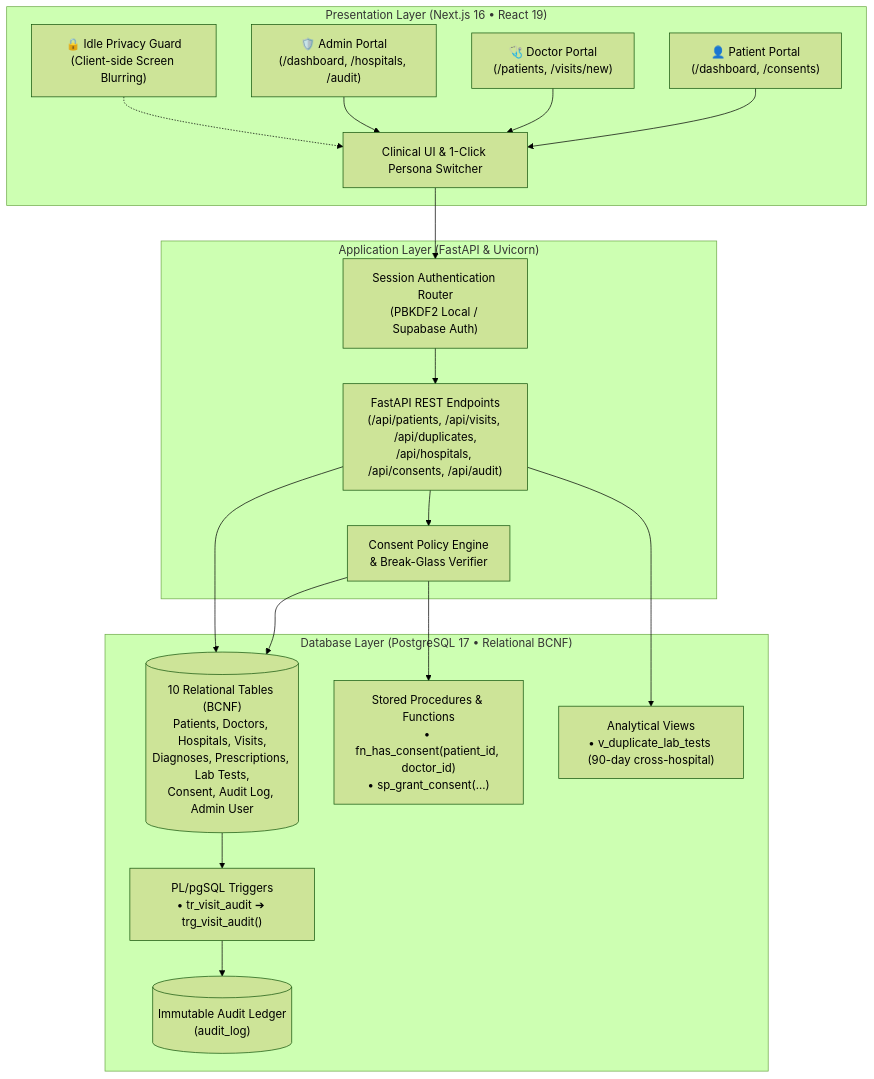
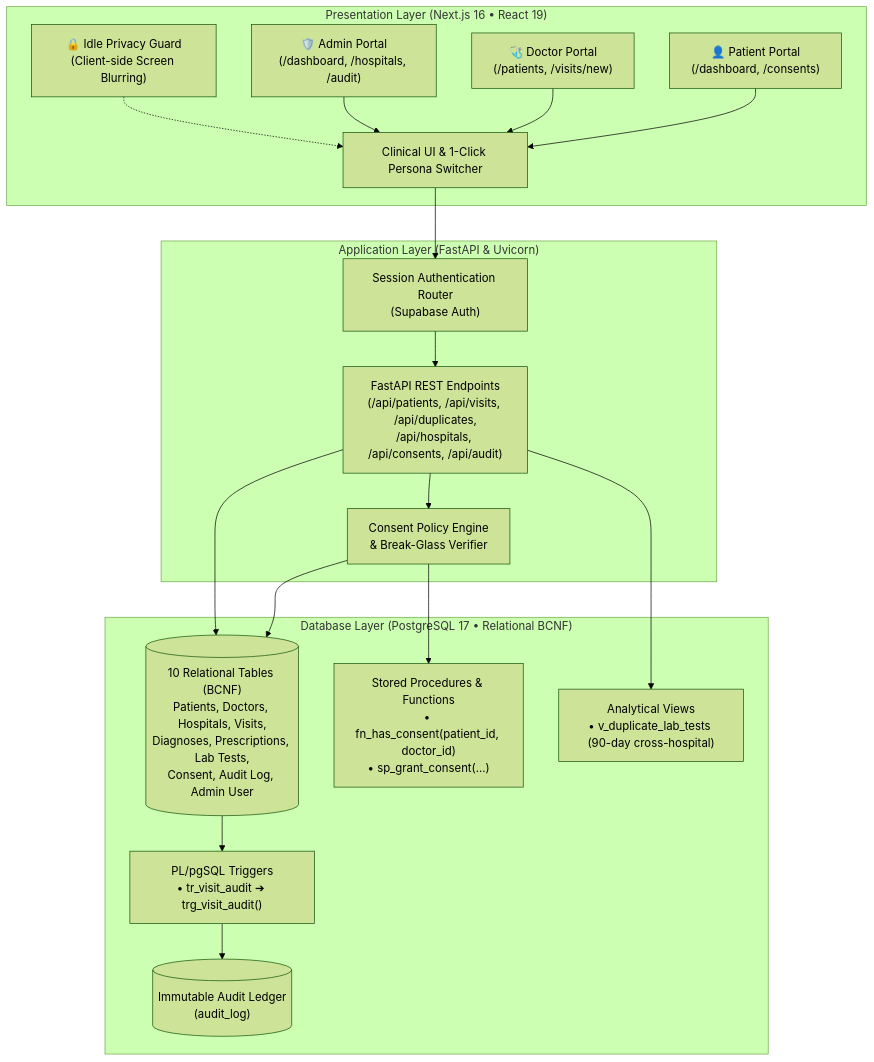
Before and after one commit to SudoMorpheUS/aarogya-link: the first of 2 diagrams in README.md, drawn with Mermaid (forest theme). The commit also changed other lines of this file and 36 other files, not shown here.

````diff
--- a/README.md
+++ b/README.md
@@ -34,38 +34,38 @@
 ```mermaid
 flowchart TD
     subgraph Presentation["Presentation Layer (Next.js 16 • React 19)"]
         P["👤 Patient Portal\n(/dashboard, /consents)"]
         D["🩺 Doctor Portal\n(/patients, /visits/new)"]
         A["🛡️ Admin Portal\n(/dashboard, /hospitals, /audit)"]
         IG["🔒 Idle Privacy Guard\n(Client-side Screen Blurring)"]
         UI["Clinical UI & 1-Click Persona Switcher"]
     end
 
     subgraph Application["Application Layer (FastAPI & Uvicorn)"]
         API["FastAPI REST Endpoints\n(/api/patients, /api/visits, /api/duplicates,\n/api/hospitals, /api/consents, /api/audit)"]
         PolicyEngine["Consent Policy Engine\n& Break-Glass Verifier"]
-        AuthRouter["Session Authentication Router\n(PBKDF2 Local / Supabase Auth)"]
+        AuthRouter["Session Authentication Router\n(Supabase Auth)"]
     end
 
     subgraph Database["Database Layer (PostgreSQL 17 • Relational BCNF)"]
         Tables[("10 Relational Tables (BCNF)\nPatients, Doctors, Hospitals, Visits,\nDiagnoses, Prescriptions, Lab Tests,\nConsent, Audit Log, Admin User")]
         Procs["Stored Procedures & Functions\n• fn_has_consent(patient_id, doctor_id)\n• sp_grant_consent(...)"]
         Triggers["PL/pgSQL Triggers\n• tr_visit_audit ➔ trg_visit_audit()"]
         Views["Analytical Views\n• v_duplicate_lab_tests (90-day cross-hospital)"]
         Ledger[("Immutable Audit Ledger\n(audit_log)")]
     end
 
     P --> UI
     D --> UI
     A --> UI
     IG -.-> UI
     UI --> AuthRouter
     AuthRouter --> API
     API --> PolicyEngine
     PolicyEngine --> Procs
     PolicyEngine --> Tables
     API --> Views
     API --> Tables
     Tables --> Triggers
     Triggers --> Ledger
 ```
````
